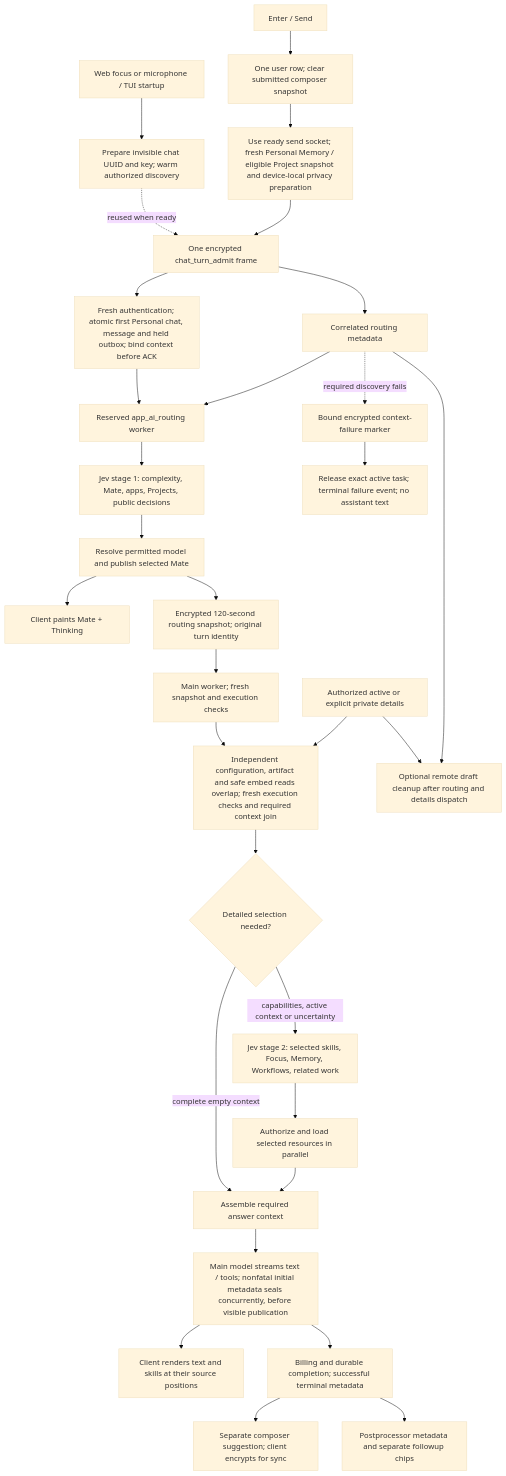
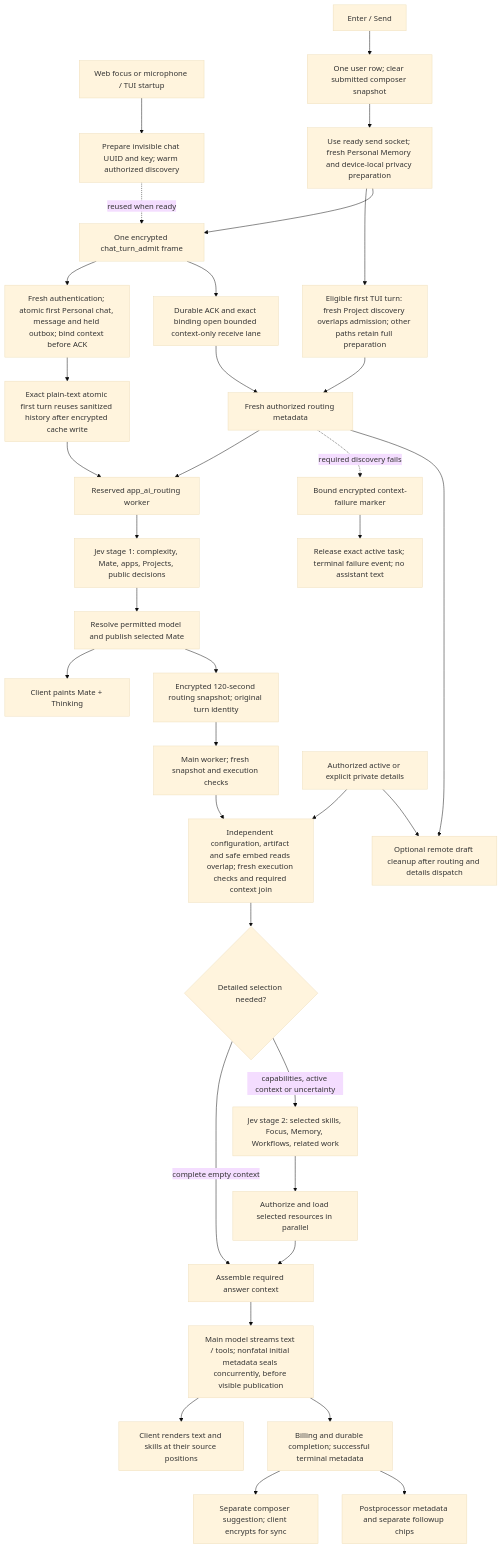
One commit to glowingkitty/OpenMates changed the first of 10 diagrams in docs/plans/chat-latency-improvements/implemented-flow.md. Above: the diagram before and after it, drawn with Mermaid (base theme). The commit also changed other lines of this file and 14 other files, not shown here.

````diff
--- a/docs/plans/chat-latency-improvements/implemented-flow.md
+++ b/docs/plans/chat-latency-improvements/implemented-flow.md
@@ -22,33 +22,37 @@
 ```mermaid
 flowchart TD
   Focus[Web focus or microphone / TUI startup] --> Prepare[Prepare invisible chat UUID and key; warm authorized discovery]
   Send[Enter / Send] --> Optimistic[One user row; clear submitted composer snapshot]
-  Optimistic --> Fresh[Use ready send socket; fresh Personal Memory / eligible Project snapshot and device-local privacy preparation]
+  Optimistic --> Fresh[Use ready send socket; fresh Personal Memory and device-local privacy preparation]
+  Fresh --> Directory[Eligible first TUI turn: fresh Project discovery overlaps admission; other paths retain full preparation]
   Fresh --> Admit[One encrypted chat_turn_admit frame]
   Admit --> Durable[Fresh authentication; atomic first Personal chat, message and held outbox; bind context before ACK]
   Prepare -. reused when ready .-> Admit
-  Durable --> Router[Reserved app_ai_routing worker]
-  Admit --> Headers[Correlated routing metadata]
+  Durable --> History[Exact plain-text atomic first turn reuses sanitized history after encrypted cache write]
+  History --> Router[Reserved app_ai_routing worker]
+  Directory --> Headers[Fresh authorized routing metadata]
+  Admit --> Lane[Durable ACK and exact binding open bounded context-only receive lane]
+  Lane --> Headers
   Headers --> Router
   Headers -. required discovery fails .-> Failure[Bound encrypted context-failure marker]
   Failure --> End[Release exact active task; terminal failure event; no assistant text]
   Router --> Stage1[Jev stage 1: complexity, Mate, apps, Projects, public decisions]
   Stage1 --> Resolve[Resolve permitted model and publish selected Mate]
   Resolve --> Paint[Client paints Mate + Thinking]
   Resolve --> Handoff[Encrypted 120-second routing snapshot; original turn identity]
   Handoff --> MainQueue[Main worker; fresh snapshot and execution checks]
   MainQueue --> Complete[Independent configuration, artifact and safe embed reads overlap; fresh execution checks and required context join]
   Complete --> Need{Detailed selection needed?}
   Need -- complete empty context --> Minimal[Assemble required answer context]
   Need -- capabilities, active context or uncertainty --> Stage2[Jev stage 2: selected skills, Focus, Memory, Workflows, related work]
   Details[Authorized active or explicit private details] --> Complete
   Headers --> Cleanup[Optional remote draft cleanup after routing and details dispatch]
   Details --> Cleanup
   Stage2 --> Hydrate[Authorize and load selected resources in parallel]
   Hydrate --> Minimal
   Minimal --> Main[Main model streams text / tools; nonfatal initial metadata seals concurrently, before visible publication]
   Main --> Output[Client renders text and skills at their source positions]
   Main --> Final[Billing and durable completion; successful terminal metadata]
   Final --> Ghost[Separate composer suggestion; client encrypts for sync]
   Final --> Post[Postprocessor metadata and separate followup chips]
 ```
````
